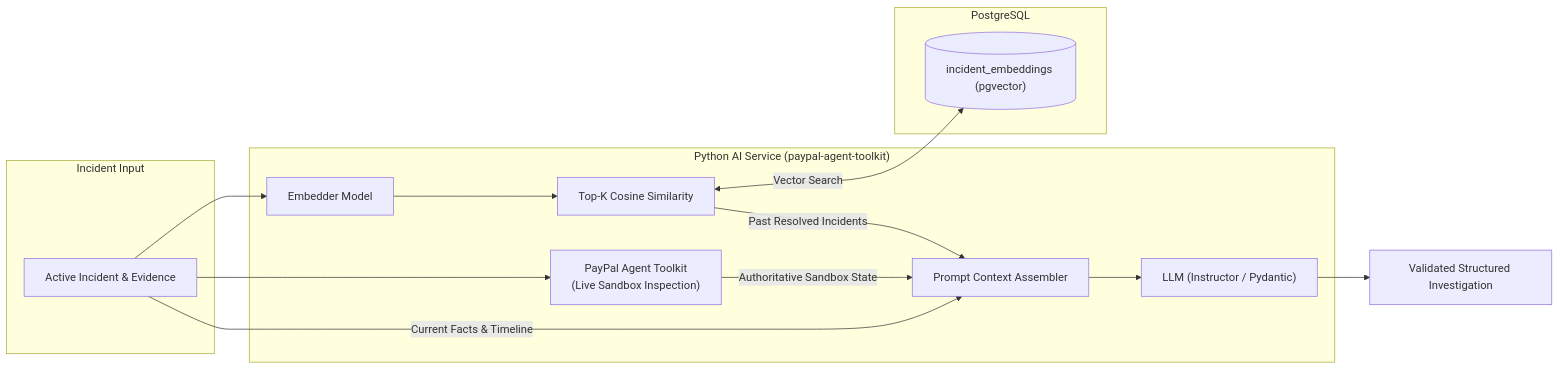
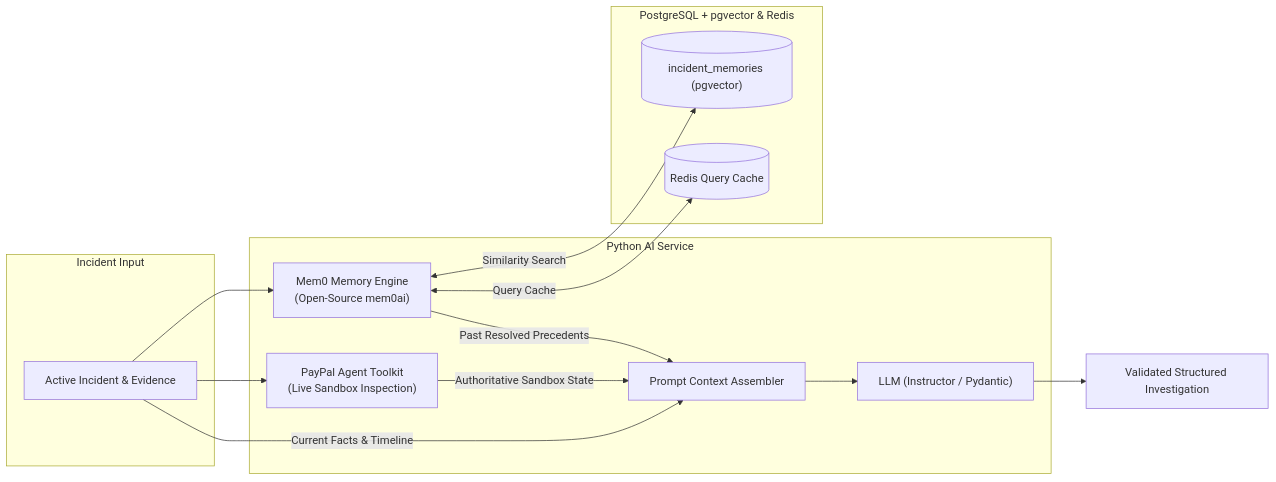
The third of 4 diagrams in deltix_docs/PROJECT_CONTEXT.md (Kavisharora12/DelTix), drawn with Mermaid before and after one commit. The commit also changed other lines of this file and 13 other files, not shown here.

````diff
--- a/deltix_docs/PROJECT_CONTEXT.md
+++ b/deltix_docs/PROJECT_CONTEXT.md
@@ -136,28 +136,28 @@
 ```mermaid
 flowchart LR
     subgraph INPUT["Incident Input"]
       INC["Active Incident & Evidence"]
     end
 
-    subgraph PYTHON_SVC["Python AI Service (paypal-agent-toolkit)"]
+    subgraph PYTHON_SVC["Python AI Service"]
       TOOLKIT["PayPal Agent Toolkit\n(Live Sandbox Inspection)"]
-      EMB["Embedder Model"]
-      SIM_QUERY["Top-K Cosine Similarity"]
+      MEM0["Mem0 Memory Engine\n(Open-Source mem0ai)"]
       PROMPT["Prompt Context Assembler"]
       LLM["LLM (Instructor / Pydantic)"]
     end
 
-    subgraph DB["PostgreSQL"]
-      PGV[("incident_embeddings (pgvector)")]
+    subgraph DB["PostgreSQL + pgvector & Redis"]
+      PGV[("incident_memories (pgvector)")]
+      CACHE[("Redis Query Cache")]
     end
 
     INC --> TOOLKIT
-    INC --> EMB
-    EMB --> SIM_QUERY
-    SIM_QUERY <-->|Vector Search| PGV
-    SIM_QUERY -->|Past Resolved Incidents| PROMPT
+    INC --> MEM0
+    MEM0 <-->|Similarity Search| PGV
+    MEM0 <-->|Query Cache| CACHE
+    MEM0 -->|Past Resolved Precedents| PROMPT
     TOOLKIT -->|Authoritative Sandbox State| PROMPT
     INC -->|Current Facts & Timeline| PROMPT
     PROMPT --> LLM
     LLM --> OUTPUT["Validated Structured Investigation"]
 ```
````
